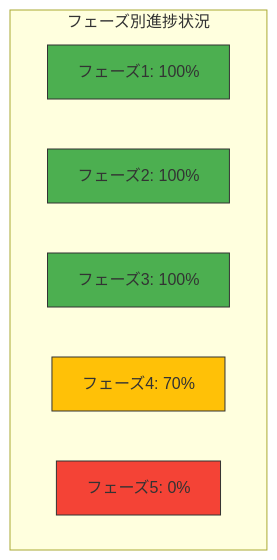
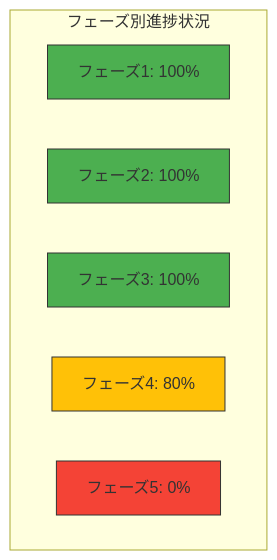
The second of 2 diagrams in docs/PLAN_AND_PROGRESS.md (ToyB0x/git-resume), drawn with Mermaid before and after one commit. The commit also changed other lines of this file, not shown here.

````diff
--- a/docs/PLAN_AND_PROGRESS.md
+++ b/docs/PLAN_AND_PROGRESS.md
@@ -138,16 +138,16 @@
 ```mermaid
 graph TD
     subgraph "フェーズ別進捗状況"
     A["フェーズ1: 100%"]
     B["フェーズ2: 100%"]
     C["フェーズ3: 100%"]
-    D["フェーズ4: 70%"]
+    D["フェーズ4: 80%"]
     E["フェーズ5: 0%"]
     end
     
     style A fill:#4CAF50,stroke:#333,stroke-width:1px
     style B fill:#4CAF50,stroke:#333,stroke-width:1px
     style C fill:#4CAF50,stroke:#333,stroke-width:1px
     style D fill:#FFC107,stroke:#333,stroke-width:1px
     style E fill:#F44336,stroke:#333,stroke-width:1px
 ```
````
